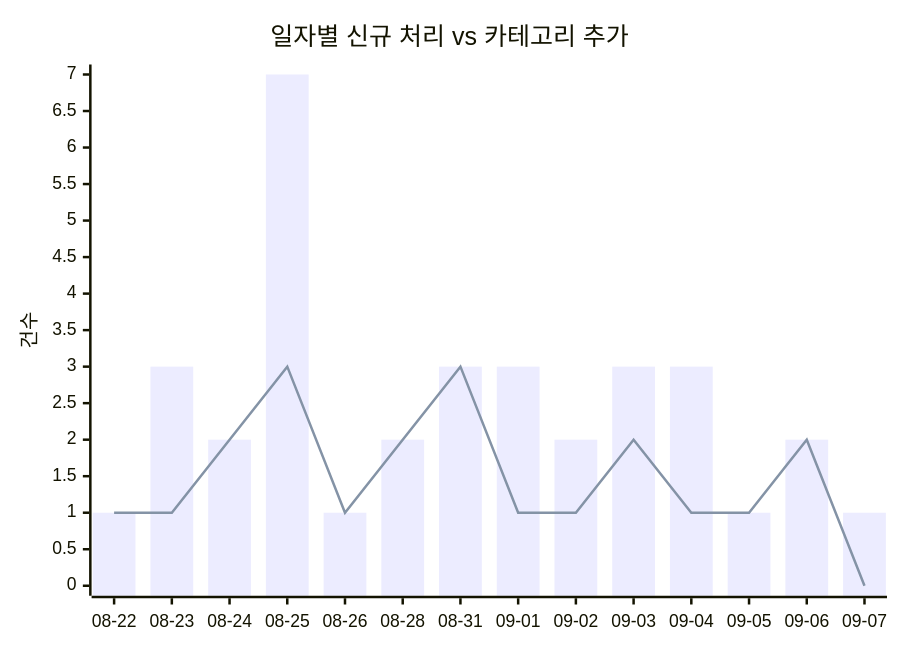
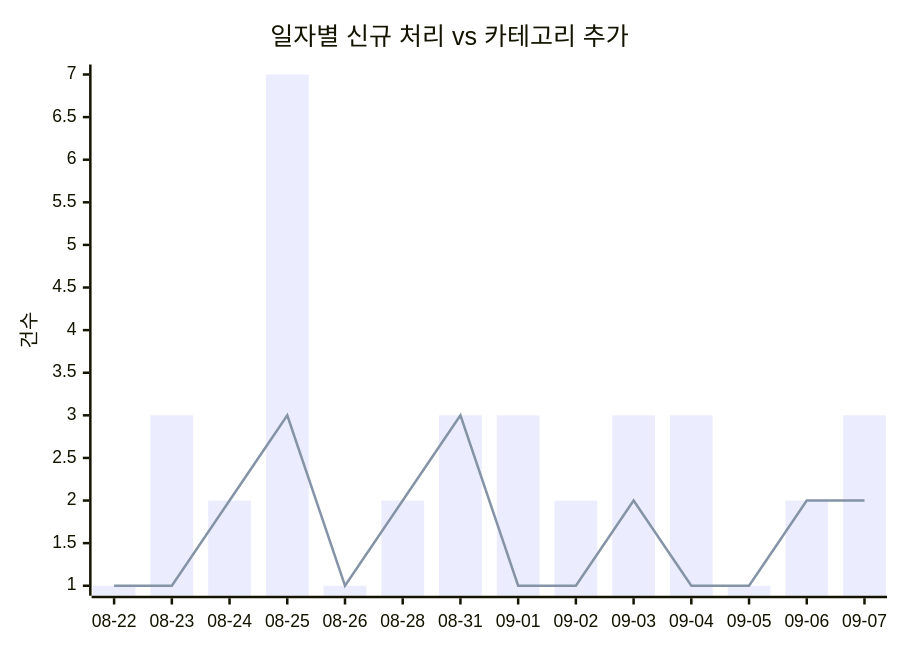
The first of 2 diagrams in docs/trends.md (J-nowcow/awesome-korean-agent-skills), drawn with Mermaid before and after one commit. The commit also changed other lines of this file and 5 other files, not shown here.

````diff
--- a/docs/trends.md
+++ b/docs/trends.md
@@ -32,8 +32,8 @@
 ```mermaid
 xychart-beta
     title "일자별 신규 처리 vs 카테고리 추가"
     x-axis ["08-22","08-23","08-24","08-25","08-26","08-28","08-31","09-01","09-02","09-03","09-04","09-05","09-06","09-07"]
     y-axis "건수"
-    bar [1,3,2,7,1,2,3,3,2,3,3,1,2,1]
-    line [1,1,2,3,1,2,3,1,1,2,1,1,2,0]
+    bar [1,3,2,7,1,2,3,3,2,3,3,1,2,3]
+    line [1,1,2,3,1,2,3,1,1,2,1,1,2,2]
 ```
````
